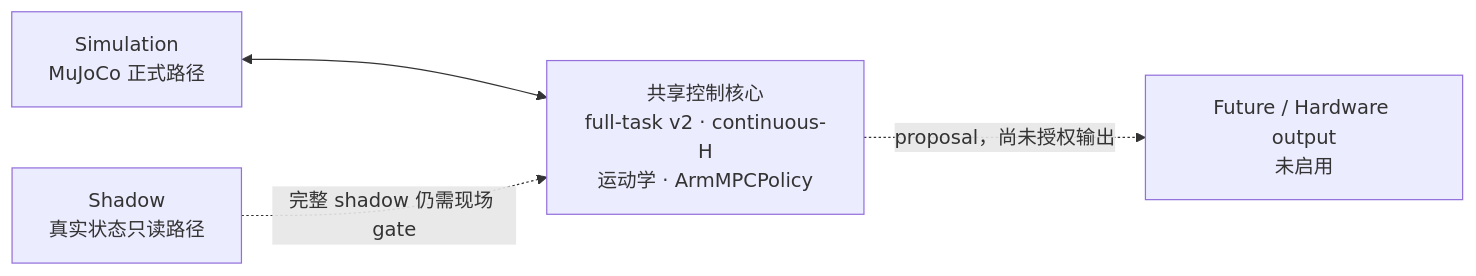
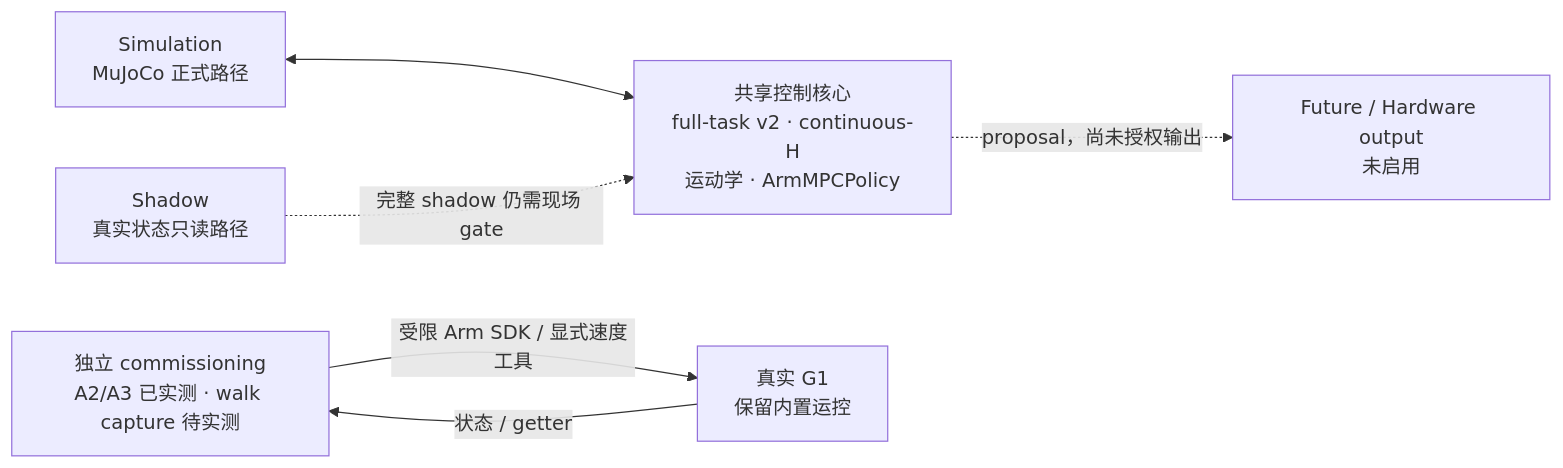
The first of 4 diagrams in ARCHITECTURE.md (jiakefu9-hub/hold-my-beer-mpc), drawn with Mermaid before and after one commit. The commit also changed other lines of this file and 33 other files, not shown here.

````diff
--- a/ARCHITECTURE.md
+++ b/ARCHITECTURE.md
@@ -18,11 +20,15 @@
 ```mermaid
 flowchart LR
   Sim["Simulation<br/>MuJoCo 正式路径"]
   Core["共享控制核心<br/>full-task v2 · continuous-H<br/>运动学 · ArmMPCPolicy"]
   Shadow["Shadow<br/>真实状态只读路径"]
   Hardware["Future / Hardware output<br/>未启用"]
+  Field["独立 commissioning<br/>A2/A3 已实测 · walk capture 待实测"]
+  Robot["真实 G1<br/>保留内置运控"]
 
   Sim <--> Core
   Shadow -. "完整 shadow 仍需现场 gate" .-> Core
   Core -. "proposal，尚未授权输出" .-> Hardware
+  Robot -->|状态 / getter| Field
+  Field -->|受限 Arm SDK / 显式速度工具| Robot
 ```
````
